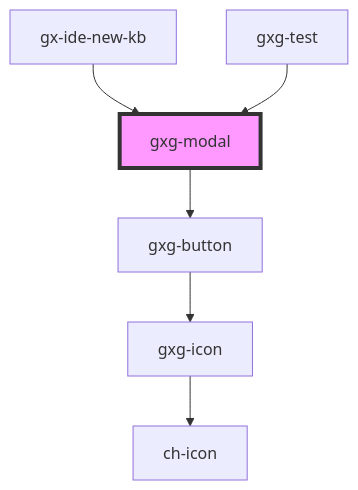
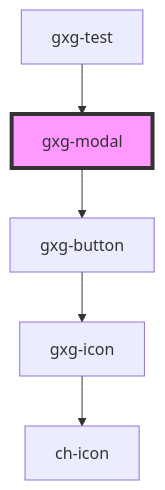
Before and after one commit to genexuslabs/gemini: the diagram in src/components/modal/readme.md, drawn with Mermaid. The commit also changed other lines of this file and 18 other files, not shown here.

````diff
--- a/src/components/modal/readme.md
+++ b/src/components/modal/readme.md
@@ -51,9 +50,8 @@
 ```mermaid
 graph TD;
   gxg-modal --> gxg-button
   gxg-button --> gxg-icon
   gxg-icon --> ch-icon
-  gx-ide-new-kb --> gxg-modal
   gxg-test --> gxg-modal
   style gxg-modal fill:#f9f,stroke:#333,stroke-width:4px
 ```
````
